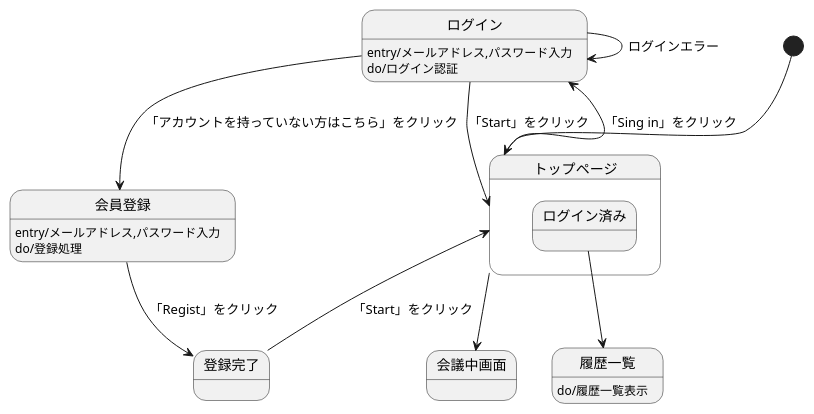
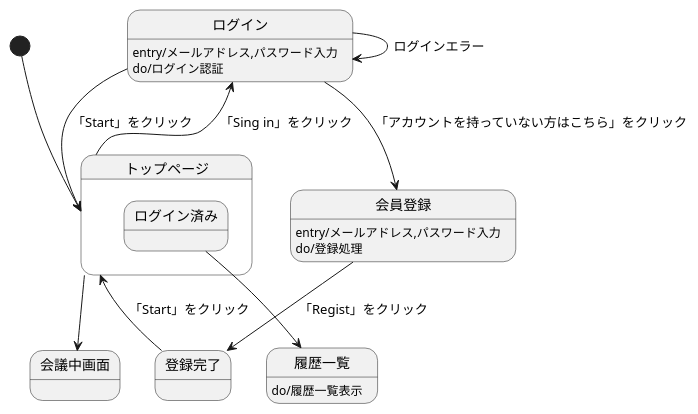
One commit to Aso2001031/2021sys-design changed the diagram in 画面遷移図.md. Above: the diagram before and after it, drawn with PlantUML.

````diff
--- a/画面遷移図.md
+++ b/画面遷移図.md
@@ -1,32 +1,32 @@
 ```uml
 @startuml
 
 [*] -down-> トップページ
 
 State トップページ {
   state ログイン済み {
   
   }
 }
-トップページ -right-> ログイン :「Sing in」をクリック
-トップページ -down-> 会議中画面
+トップページ --> ログイン :「Sing in」をクリック
+トップページ --> 会議中画面
 
 
 ログイン : entry/メールアドレス,パスワード入力
 ログイン : do/ログイン認証
 ログイン --> トップページ :「Start」をクリック
 ログイン --> 会員登録 :「アカウントを持っていない方はこちら」をクリック
 ログイン --> ログイン :ログインエラー
 
 会員登録 : entry/メールアドレス,パスワード入力
 会員登録 : do/登録処理
 会員登録 --> 登録完了 : 「Regist」をクリック
 
 登録完了 --> トップページ :「Start」をクリック
 
 ログイン済み --> 履歴一覧
 
 履歴一覧 :do/履歴一覧表示
 
 @enduml
 ```
````
